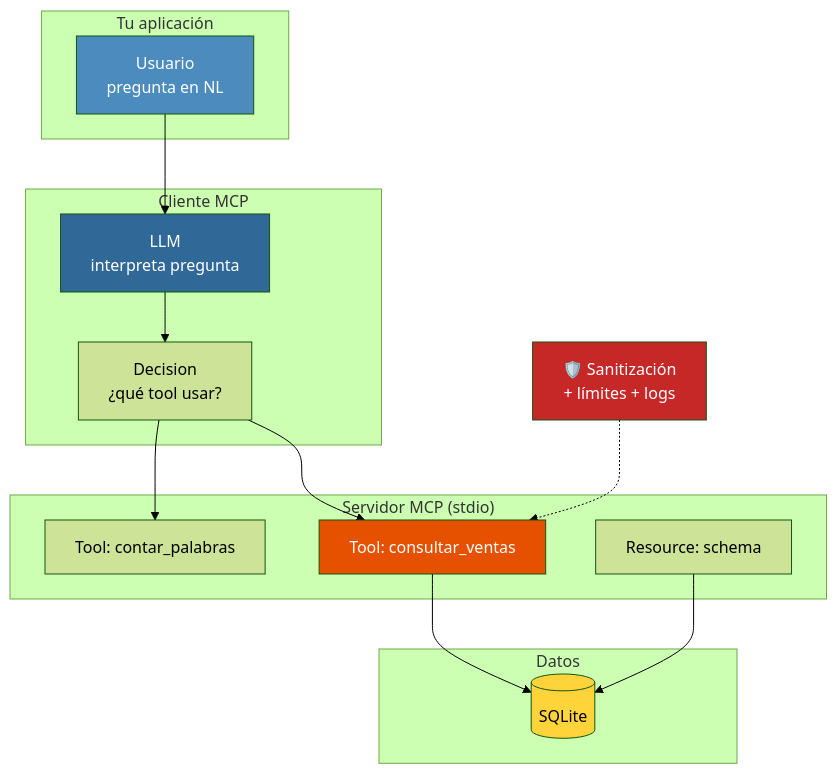
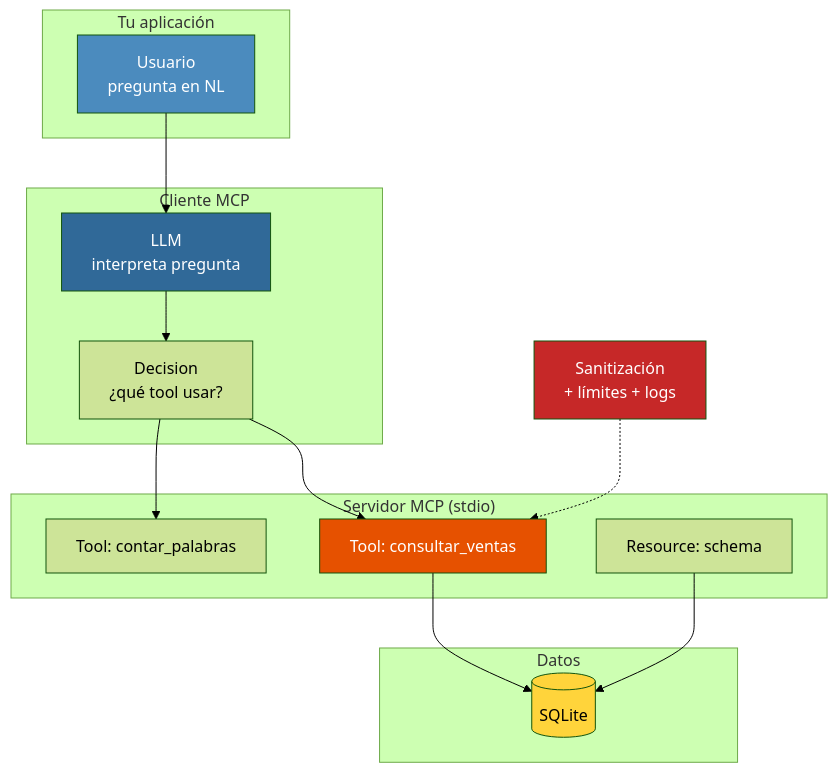
Before and after one commit to Adamychen/m10_quarto: the fourth of 4 diagrams in bloque2/02d-mcp.qmd, drawn with Mermaid (forest theme). The commit also changed other lines of this file and 34 other files, not shown here.

````diff
--- a/bloque2/02d-mcp.qmd
+++ b/bloque2/02d-mcp.qmd
@@ -383,36 +405,36 @@
 ```{mermaid}
 graph TD
     subgraph "Tu aplicación"
         A[Usuario<br/>pregunta en NL]
     end
 
     subgraph "Cliente MCP"
         B[LLM<br/>interpreta pregunta]
         C[Decision<br/>¿qué tool usar?]
     end
 
     subgraph "Servidor MCP (stdio)"
         D[Tool: consultar_ventas]
         E[Tool: contar_palabras]
         F[Resource: schema]
     end
 
     subgraph "Datos"
         G[(SQLite)]
     end
 
     A --> B
     B --> C
     C --> D
     C --> E
     D --> G
     F --> G
 
-    H[🛡️ Sanitización<br/>+ límites + logs] -.-> D
+    H[Sanitización<br/>+ límites + logs] -.-> D
 
     style A fill:#4B8BBE,color:#fff
     style B fill:#306998,color:#fff
     style D fill:#e65100,color:#fff
     style G fill:#FFD43B,color:#000
     style H fill:#c62828,color:#fff
 ```
````
